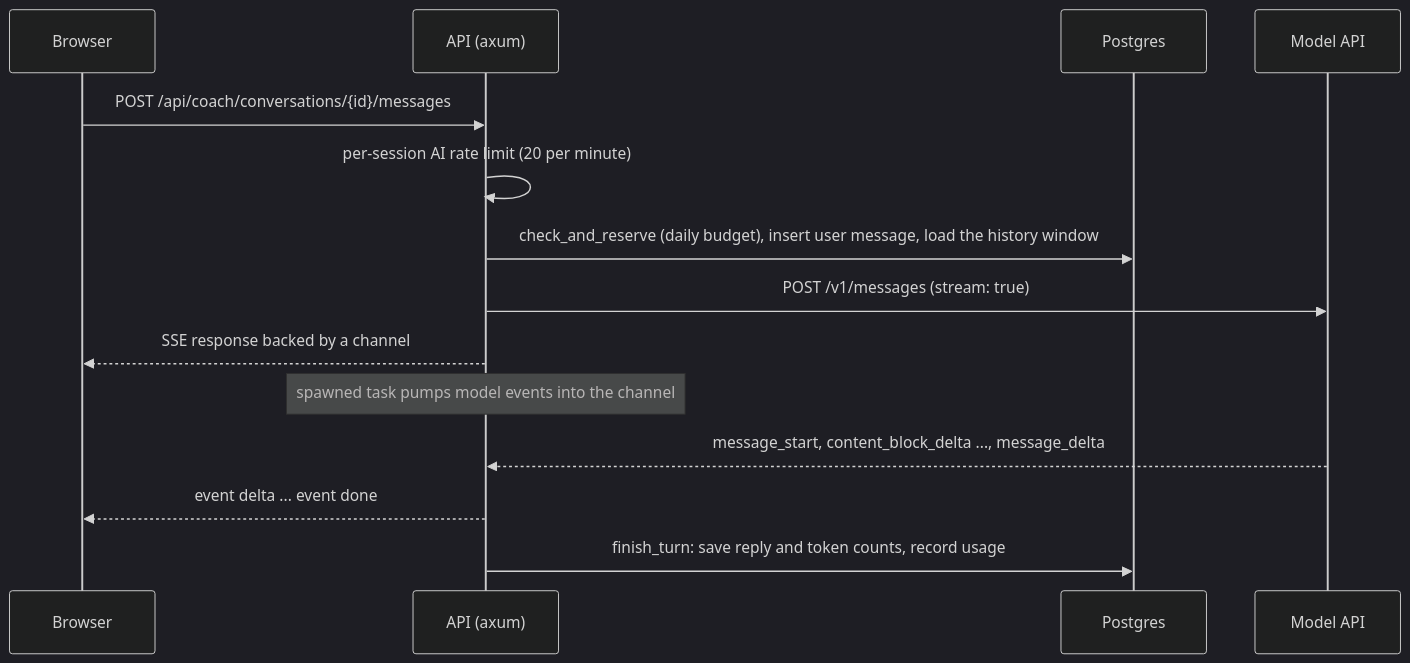
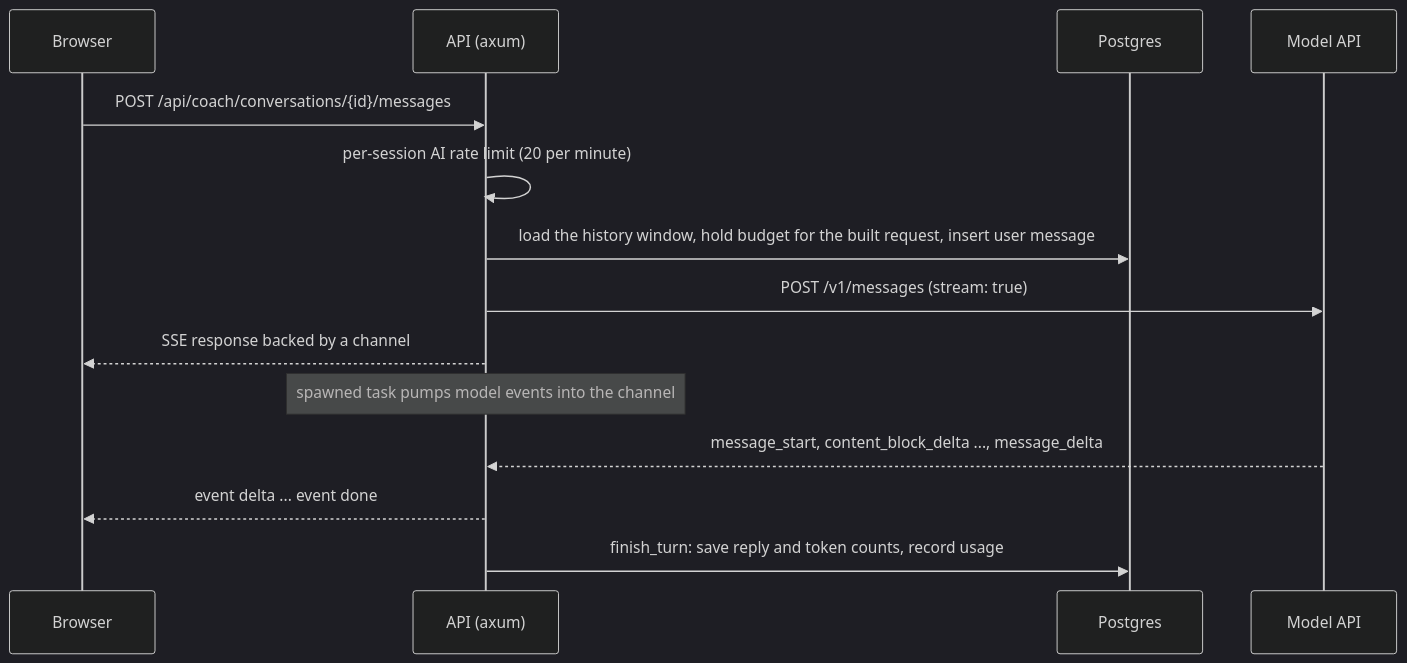
Before and after one commit to thull32/ascend: the diagram in content/tracks/11-ai-and-llms/03-building-with-llms/07-llm-system-design.md, drawn with Mermaid (dark theme). The commit also changed other lines of this file and 48 other files, not shown here.

````diff
--- a/content/tracks/11-ai-and-llms/03-building-with-llms/07-llm-system-design.md
+++ b/content/tracks/11-ai-and-llms/03-building-with-llms/07-llm-system-design.md
@@ -53,16 +53,16 @@
 ```mermaid
 sequenceDiagram
   participant B as Browser
   participant A as API (axum)
   participant D as Postgres
   participant M as Model API
   B->>A: POST /api/coach/conversations/{id}/messages
   A->>A: per-session AI rate limit (20 per minute)
-  A->>D: check_and_reserve (daily budget), insert user message, load the history window
+  A->>D: load the history window, hold budget for the built request, insert user message
   A->>M: POST /v1/messages (stream: true)
   A-->>B: SSE response backed by a channel
   Note over A: spawned task pumps model events into the channel
   M-->>A: message_start, content_block_delta ..., message_delta
   A-->>B: event delta ... event done
   A->>D: finish_turn: save reply and token counts, record usage
 ```
````
